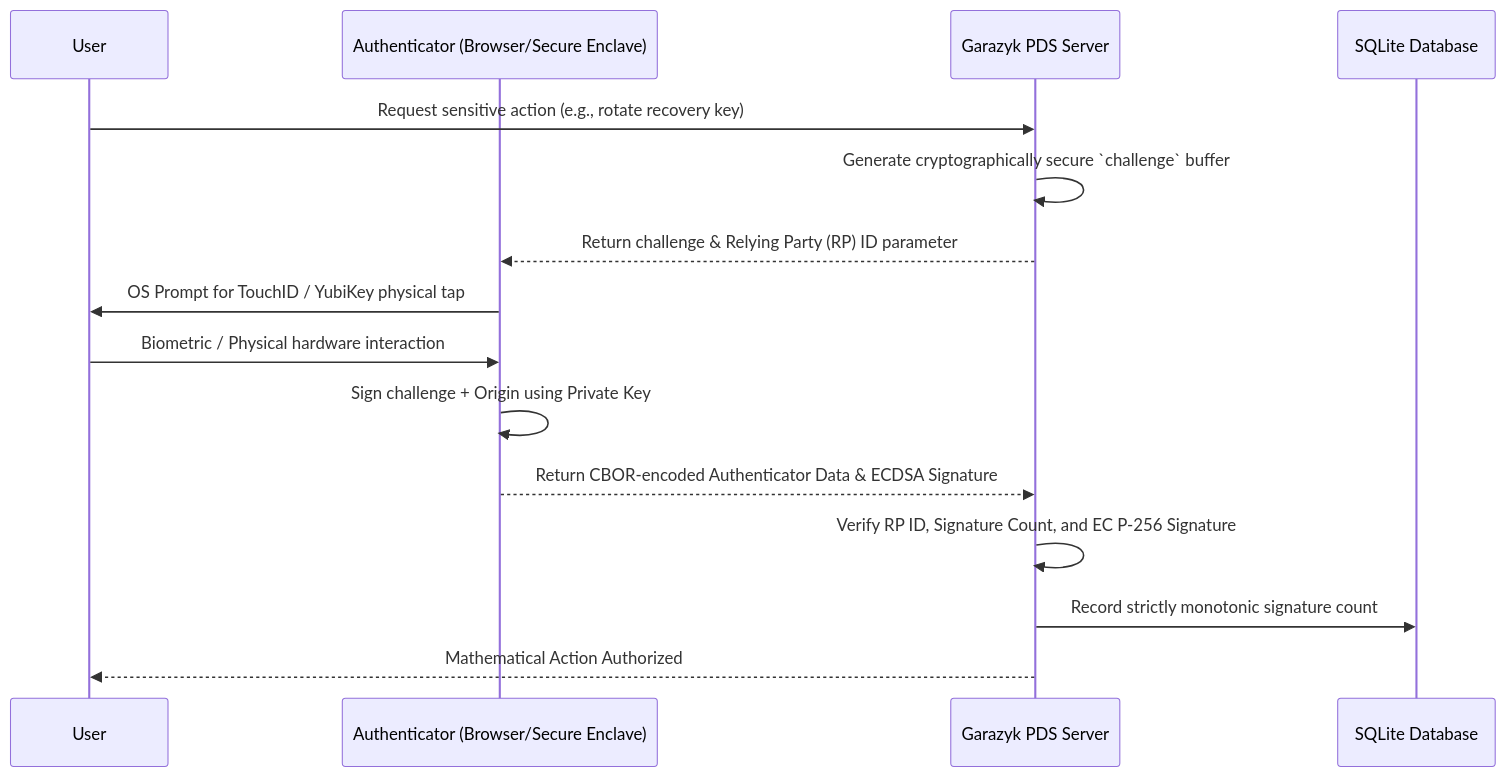
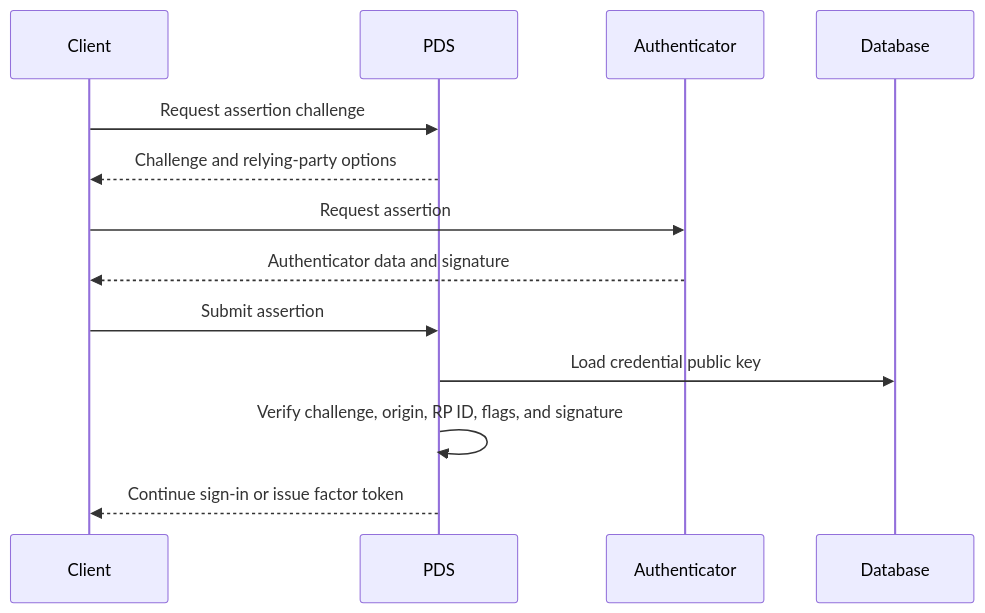
Before and after one commit to jvalinsky/garazyk: the diagram in Garazyk/docs-site/src/content/docs/auth/hardware-security.md, drawn with Mermaid. The commit also changed other lines of this file and 18 other files, not shown here.

````diff
--- a/Garazyk/docs-site/src/content/docs/auth/hardware-security.md
+++ b/Garazyk/docs-site/src/content/docs/auth/hardware-security.md
@@ -57,18 +37,16 @@
 ```mermaid
 sequenceDiagram
-    participant User
-    participant Browser as Authenticator (Browser/Secure Enclave)
-    participant PDS as Garazyk PDS Server
-    participant DB as SQLite Database
+    participant Client
+    participant PDS
+    participant Authenticator
+    participant Database
 
-    User->>PDS: Request sensitive action (e.g., rotate recovery key)
-    PDS->>PDS: Generate cryptographically secure `challenge` buffer
-    PDS-->>Browser: Return challenge & Relying Party (RP) ID parameter
-    Browser->>User: OS Prompt for TouchID / YubiKey physical tap
-    User->>Browser: Biometric / Physical hardware interaction
-    Browser->>Browser: Sign challenge + Origin using Private Key
-    Browser-->>PDS: Return CBOR-encoded Authenticator Data & ECDSA Signature
-    PDS->>PDS: Verify RP ID, Signature Count, and EC P-256 Signature
-    PDS->>DB: Record strictly monotonic signature count
-    PDS-->>User: Mathematical Action Authorized
+    Client->>PDS: Request assertion challenge
+    PDS-->>Client: Challenge and relying-party options
+    Client->>Authenticator: Request assertion
+    Authenticator-->>Client: Authenticator data and signature
+    Client->>PDS: Submit assertion
+    PDS->>Database: Load credential public key
+    PDS->>PDS: Verify challenge, origin, RP ID, flags, and signature
+    PDS-->>Client: Continue sign-in or issue factor token
 ```
````
